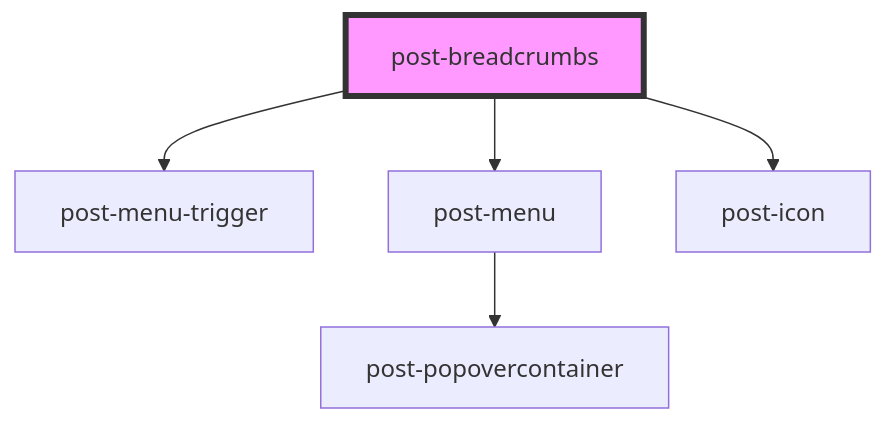
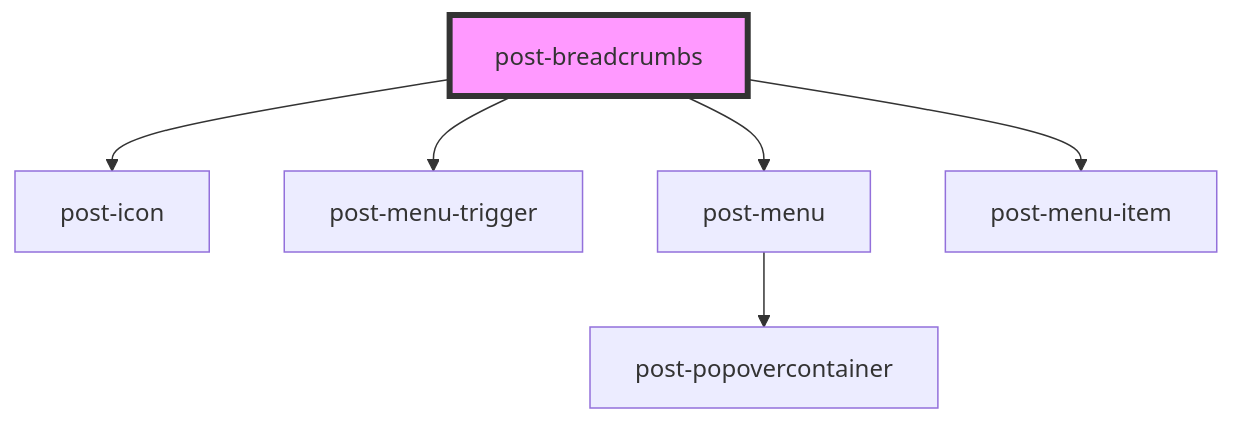
Before and after one commit to swisspost/design-system: the diagram in packages/components/src/components/post-breadcrumbs/readme.md, drawn with Mermaid. The commit also changed other lines of this file and 10 other files, not shown here.

````diff
--- a/packages/components/src/components/post-breadcrumbs/readme.md
+++ b/packages/components/src/components/post-breadcrumbs/readme.md
@@ -32,8 +34,9 @@
 ```mermaid
 graph TD;
+  post-breadcrumbs --> post-icon
   post-breadcrumbs --> post-menu-trigger
   post-breadcrumbs --> post-menu
-  post-breadcrumbs --> post-icon
+  post-breadcrumbs --> post-menu-item
   post-menu --> post-popovercontainer
   style post-breadcrumbs fill:#f9f,stroke:#333,stroke-width:4px
 ```
````
